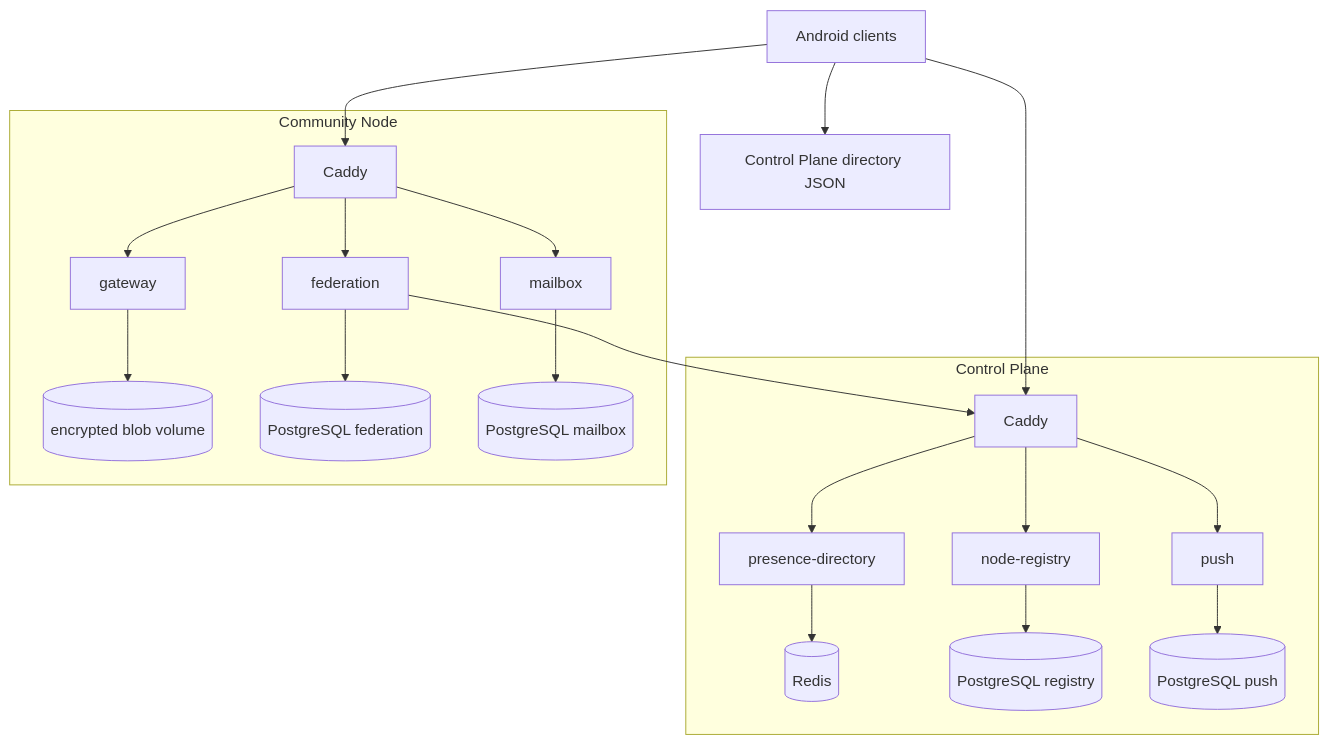
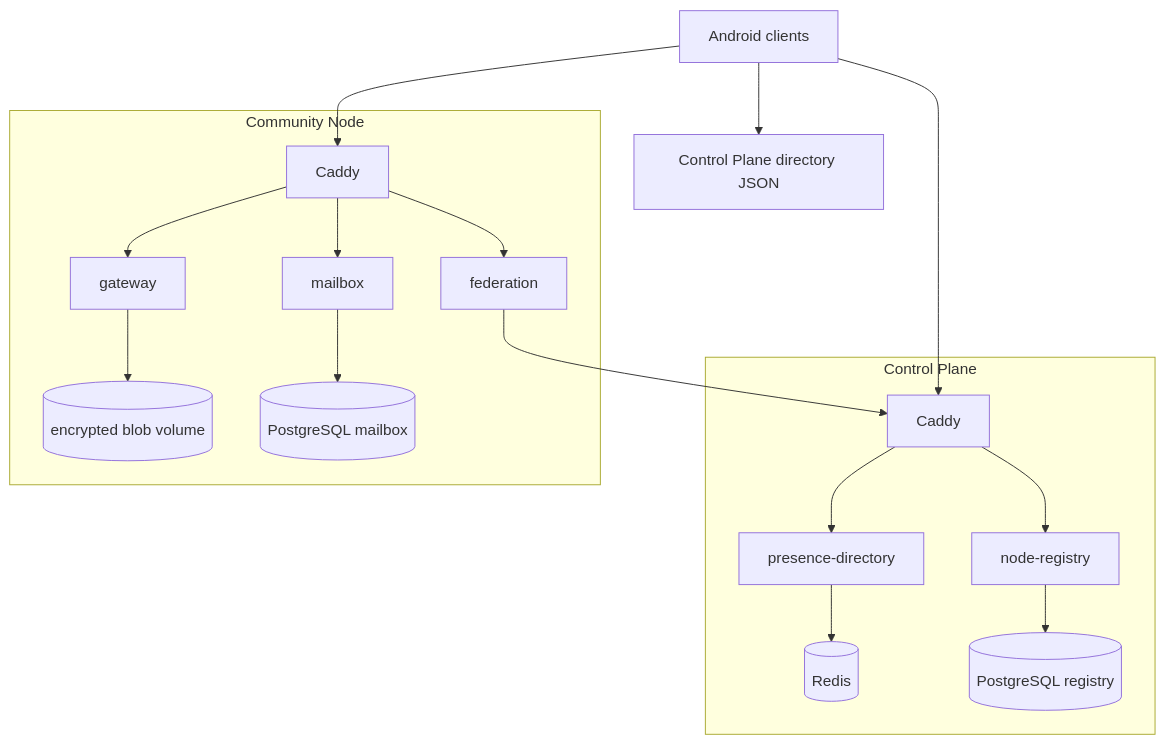
One commit to cbgm/Sparrow changed the first of 3 diagrams in docs/server/overview.md. Above: the diagram before and after it, drawn with Mermaid. The commit also changed other lines of this file and 231 other files, not shown here.

Commit message:
Remove the WebSocket session, the push service and envelope federation

````diff
--- a/docs/server/overview.md
+++ b/docs/server/overview.md
@@ -5,42 +5,36 @@
 ```mermaid
 flowchart TB
     APP[Android clients]
     DIR[Control Plane directory JSON]
 
     subgraph CP[Control Plane]
         CADDY1[Caddy]
         REG[node-registry]
         PRES[presence-directory]
         REDIS[(Redis)]
-        PUSH[push]
         PGREG[(PostgreSQL registry)]
-        PGPUSH[(PostgreSQL push)]
     end
 
     subgraph NODE[Community Node]
         CADDY2[Caddy]
         GW[gateway]
         BLOBS[(encrypted blob volume)]
         FED[federation]
         MB[mailbox]
-        PGFED[(PostgreSQL federation)]
         PGMB[(PostgreSQL mailbox)]
     end
 
     APP --> DIR
     APP --> CADDY1
     APP --> CADDY2
     CADDY1 --> REG
     CADDY1 --> PRES
-    CADDY1 --> PUSH
     REG --> PGREG
     PRES --> REDIS
-    PUSH --> PGPUSH
     CADDY2 --> GW
     GW --> BLOBS
     CADDY2 --> FED
     CADDY2 --> MB
-    FED --> PGFED
     MB --> PGMB
     FED --> CADDY1
 ```
````
